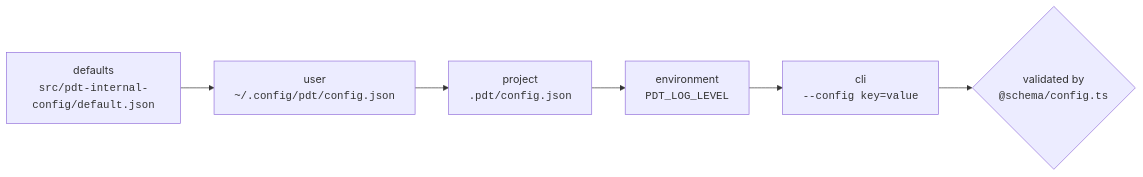
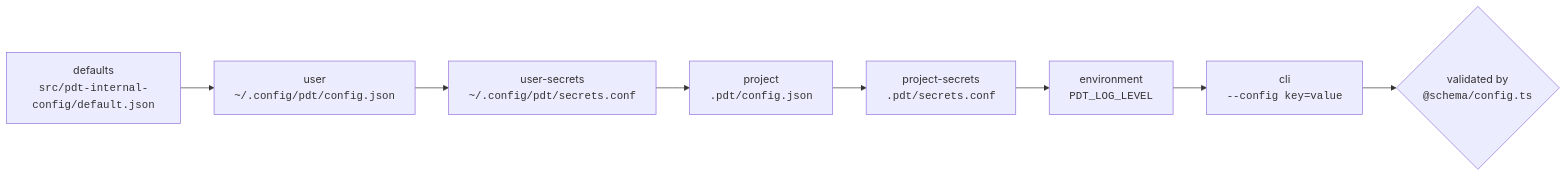
One commit to ulenarofmondarth/pdt changed the first of 2 diagrams in docs/developer/configuration.md. Above: the diagram before and after it, drawn with Mermaid. The commit also changed other lines of this file and 29 other files, not shown here.

First line of the commit message:
feat(config): keep secret settings in secrets.conf

````diff
--- a/docs/developer/configuration.md
+++ b/docs/developer/configuration.md
@@ -5,11 +5,13 @@
 ```{mermaid}
 :align: center
 :caption: How configuration cascades (later sources win)
 
 flowchart LR
   d["defaults<br/><code>src/pdt-internal-config/default.json</code>"] --> u["user<br/><code>~/.config/pdt/config.json</code>"]
-  u --> p["project<br/><code>.pdt/config.json</code>"]
-  p --> e["environment<br/><code>PDT_LOG_LEVEL</code>"]
+  u --> us["user-secrets<br/><code>~/.config/pdt/secrets.conf</code>"]
+  us --> p["project<br/><code>.pdt/config.json</code>"]
+  p --> ps["project-secrets<br/><code>.pdt/secrets.conf</code>"]
+  ps --> e["environment<br/><code>PDT_LOG_LEVEL</code>"]
   e --> c["cli<br/><code>--config key=value</code>"]
   c --> v{"validated by<br/><code>@schema/config.ts</code>"}
 ```
````
